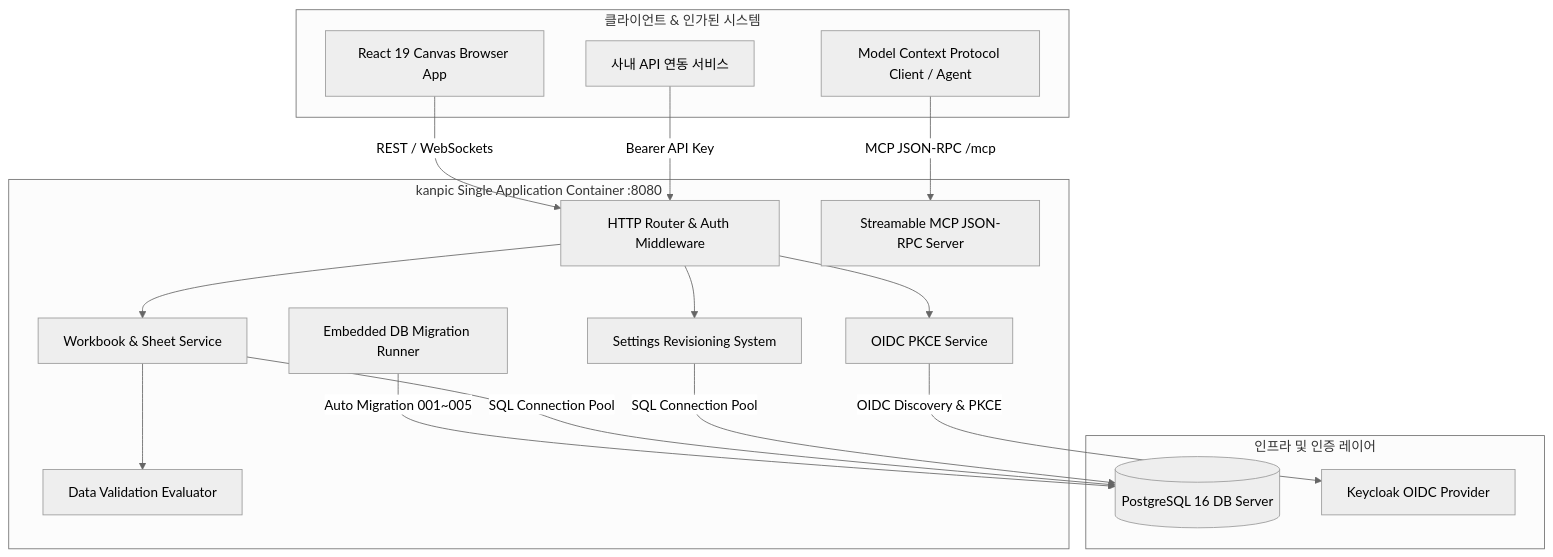
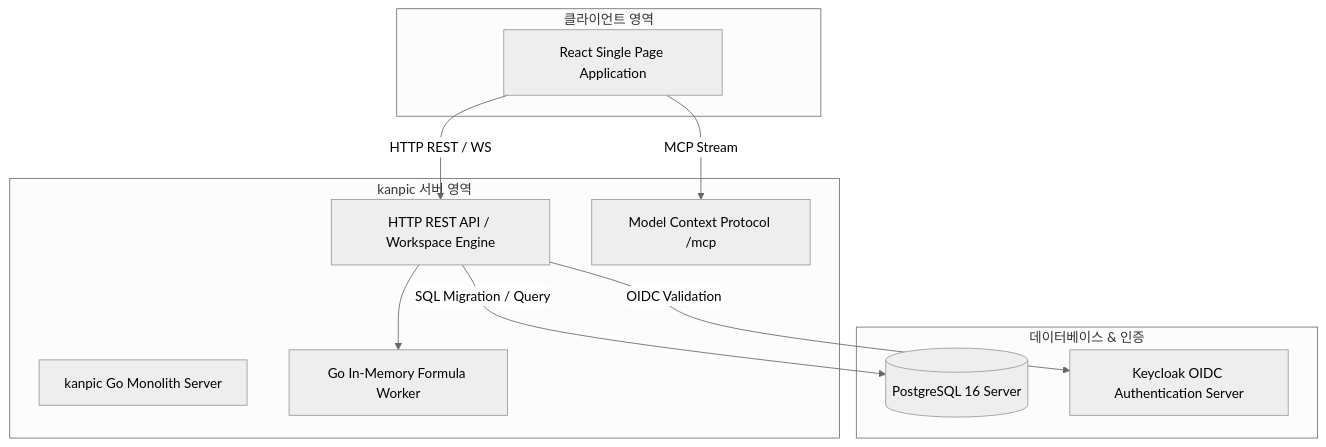
Before and after one commit to hkjang/kanpic: the first of 2 diagrams in docs/ADMIN_GUIDE.md, drawn with Mermaid (neutral theme). The commit also changed other lines of this file and 9 other files, not shown here.

````diff
--- a/docs/ADMIN_GUIDE.md
+++ b/docs/ADMIN_GUIDE.md
@@ -17,37 +15,24 @@
 ```mermaid
 graph TB
-    subgraph External Client Layer [클라이언트 & 인가된 시스템]
-        BrowserClient[React 19 Canvas Browser App]
-        AIAgent[Model Context Protocol Client / Agent]
-        ExternalApp[사내 API 연동 서비스]
+    subgraph ClientZone [클라이언트 영역]
+        WebBrowser[React Single Page Application]
     end
 
-    subgraph Container Layer [kanpic Single Application Container :8080]
-        HttpRouter[HTTP Router & Auth Middleware]
-        OidcService[OIDC PKCE Service]
-        McpHandler[Streamable MCP JSON-RPC Server]
-        WorkbookEngine[Workbook & Sheet Service]
-        ValidationService[Data Validation Evaluator]
-        SettingsEngine[Settings Revisioning System]
-        MigrationRunner[Embedded DB Migration Runner]
+    subgraph ServerZone [kanpic 서버 영역]
+        GoMonolith[kanpic Go Monolith Server]
+        HTTPAPI[HTTP REST API / Workspace Engine]
+        MCPEndpoint[Model Context Protocol /mcp]
+        FormulaEngine[Go In-Memory Formula Worker]
     end
 
-    subgraph Data & Auth Layer [인프라 및 인증 레이어]
-        PostgreSQL[(PostgreSQL 16 DB Server)]
-        KeycloakSSO[Keycloak OIDC Provider]
+    subgraph InfraZone [데이터베이스 & 인증]
+        PostgreSQL[(PostgreSQL 16 Server)]
+        Keycloak[Keycloak OIDC Authentication Server]
     end
 
-    BrowserClient -->|REST / WebSockets| HttpRouter
-    AIAgent -->|MCP JSON-RPC /mcp| McpHandler
-    ExternalApp -->|Bearer API Key| HttpRouter
-
-    HttpRouter --> OidcService
-    OidcService -->|OIDC Discovery & PKCE| KeycloakSSO
-    HttpRouter --> WorkbookEngine
-    WorkbookEngine --> ValidationService
-    HttpRouter --> SettingsEngine
-
-    MigrationRunner -->|Auto Migration 001~005| PostgreSQL
-    WorkbookEngine -->|SQL Connection Pool| PostgreSQL
-    SettingsEngine -->|SQL Connection Pool| PostgreSQL
+    WebBrowser -->|HTTP REST / WS| HTTPAPI
+    WebBrowser -->|MCP Stream| MCPEndpoint
+    HTTPAPI --> FormulaEngine
+    HTTPAPI -->|SQL Migration / Query| PostgreSQL
+    HTTPAPI -->|OIDC Validation| Keycloak
 ```
````
